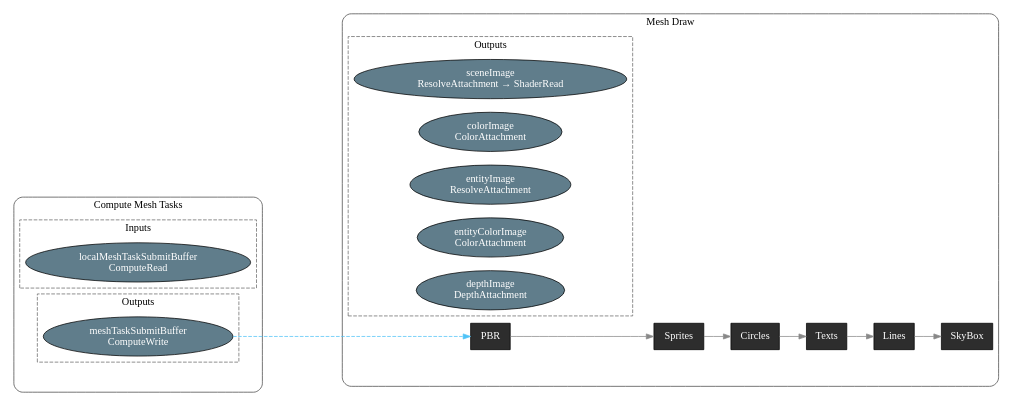
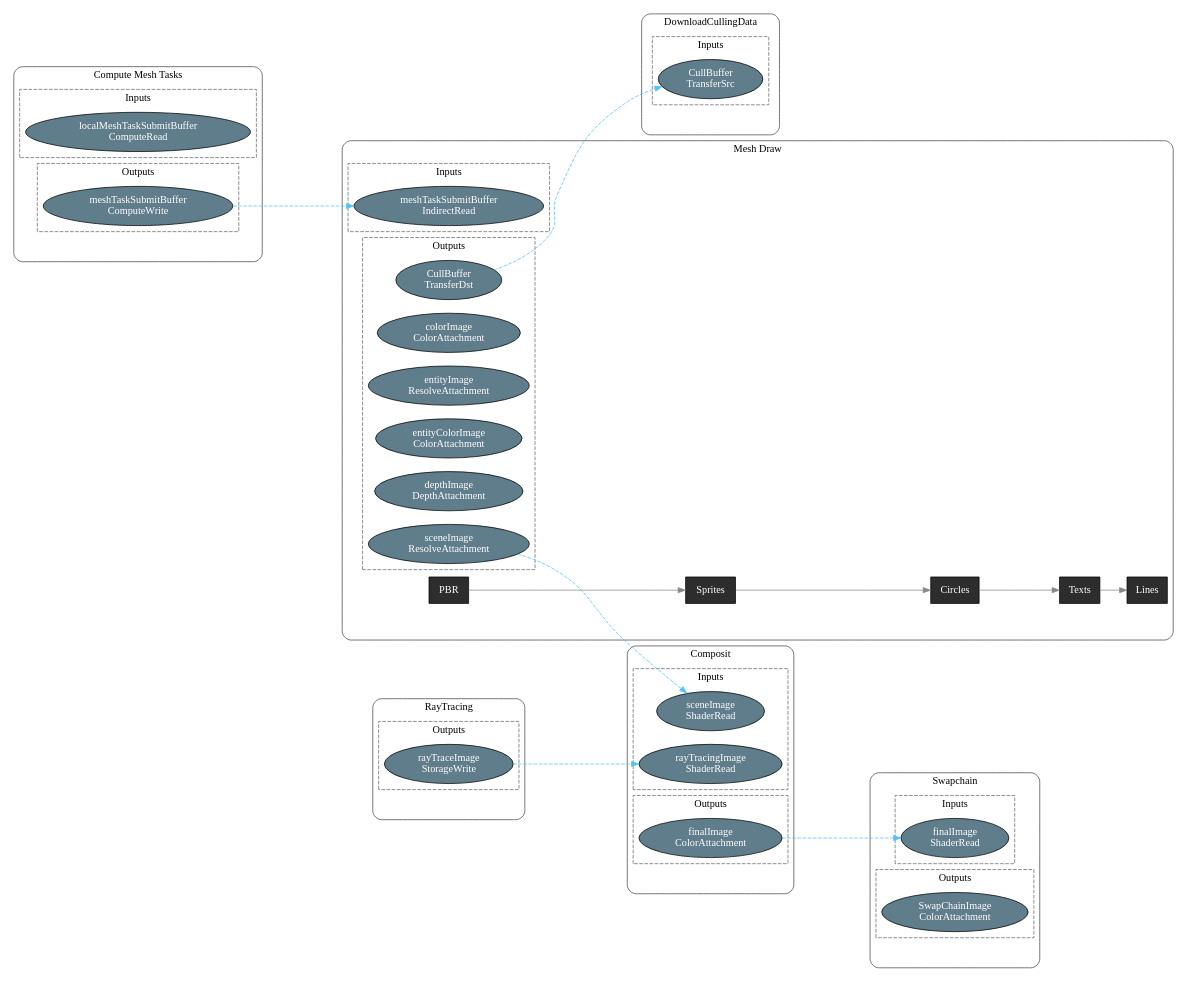
Before and after one commit to VanKalanchoe/VulkanTemplate: the diagram in VanK-Editor/rendergraph.dot, drawn with Graphviz. The commit also changed 17 other files, not shown here.

```diff
--- a/VanK-Editor/rendergraph.dot
+++ b/VanK-Editor/rendergraph.dot
@@ -1,62 +1,121 @@
 digraph RenderGraph {
   rankdir=LR;
   compound=true;
   node [shape=box, style="filled", fontcolor=white];
   edge [fontcolor=white];
 
   subgraph cluster_pass0 {
     label="Compute Mesh Tasks";
     style=rounded;
     color="#444444";
 
     subgraph cluster_inputs0 {
-      label="Inputs";
-      style=dashed;
-      color="#666666";
-      res_buf1438247292304 [label="localMeshTaskSubmitBuffer\nComputeRead", shape=ellipse, fillcolor="#607D8B"];
+      label="Inputs"; style=dashed; color="#666666";
+      res_buf2101480050816_pass0 [label="localMeshTaskSubmitBuffer\nComputeRead", shape=ellipse, fillcolor="#607D8B"];
     }
     pass0_center [label="Compute Mesh Tasks", width=0, height=0, style=invis];
     subgraph cluster_outputs0 {
-      label="Outputs";
-      style=dashed;
-      color="#666666";
-      res_buf1438247295984 [label="meshTaskSubmitBuffer\nComputeWrite", shape=ellipse, fillcolor="#607D8B"];
+      label="Outputs"; style=dashed; color="#666666";
+      res_buf2101480054816_pass0 [label="meshTaskSubmitBuffer\nComputeWrite", shape=ellipse, fillcolor="#607D8B"];
     }
   }
 
   subgraph cluster_pass1 {
     label="Mesh Draw";
     style=rounded;
     color="#444444";
 
     subgraph cluster_inputs1 {
-      label="Inputs";
-      style=dashed;
-      color="#666666";
+      label="Inputs"; style=dashed; color="#666666";
+      res_buf2101480054816_pass1 [label="meshTaskSubmitBuffer\nIndirectRead", shape=ellipse, fillcolor="#607D8B"];
     }
     pass1_sub0 [label="PBR", fillcolor="#2d2d2d"];
     pass1_sub1 [label="Sprites", fillcolor="#2d2d2d"];
     pass1_sub2 [label="Circles", fillcolor="#2d2d2d"];
     pass1_sub3 [label="Texts", fillcolor="#2d2d2d"];
     pass1_sub4 [label="Lines", fillcolor="#2d2d2d"];
-    pass1_sub5 [label="SkyBox", fillcolor="#2d2d2d"];
     pass1_sub0 -> pass1_sub1 [color="#888888"];
     pass1_sub1 -> pass1_sub2 [color="#888888"];
     pass1_sub2 -> pass1_sub3 [color="#888888"];
     pass1_sub3 -> pass1_sub4 [color="#888888"];
-    pass1_sub4 -> pass1_sub5 [color="#888888"];
     pass1_center [label="Mesh Draw", width=0, height=0, style=invis];
     subgraph cluster_outputs1 {
-      label="Outputs";
-      style=dashed;
-      color="#666666";
-      res_img12 [label="sceneImage\nResolveAttachment → ShaderRead", shape=ellipse, fillcolor="#607D8B"];
-      res_img13 [label="colorImage\nColorAttachment", shape=ellipse, fillcolor="#607D8B"];
-      res_img14 [label="entityImage\nResolveAttachment", shape=ellipse, fillcolor="#607D8B"];
-      res_img15 [label="entityColorImage\nColorAttachment", shape=ellipse, fillcolor="#607D8B"];
-      res_img16 [label="depthImage\nDepthAttachment", shape=ellipse, fillcolor="#607D8B"];
+      label="Outputs"; style=dashed; color="#666666";
+      res_img14_pass1 [label="sceneImage\nResolveAttachment", shape=ellipse, fillcolor="#607D8B"];
+      res_img15_pass1 [label="colorImage\nColorAttachment", shape=ellipse, fillcolor="#607D8B"];
+      res_img16_pass1 [label="entityImage\nResolveAttachment", shape=ellipse, fillcolor="#607D8B"];
+      res_img17_pass1 [label="entityColorImage\nColorAttachment", shape=ellipse, fillcolor="#607D8B"];
+      res_img18_pass1 [label="depthImage\nDepthAttachment", shape=ellipse, fillcolor="#607D8B"];
+      res_buf2101480049056_pass1 [label="CullBuffer\nTransferDst", shape=ellipse, fillcolor="#607D8B"];
     }
   }
 
-  res_buf1438247295984 -> pass1_sub0 [label="IndirectRead", color="#4FC3F7", style=dashed];
+  subgraph cluster_pass2 {
+    label="RayTracing";
+    style=rounded;
+    color="#444444";
+
+    subgraph cluster_inputs2 {
+      label="Inputs"; style=dashed; color="#666666";
+    }
+    pass2_center [label="RayTracing", width=0, height=0, style=invis];
+    subgraph cluster_outputs2 {
+      label="Outputs"; style=dashed; color="#666666";
+      res_img19_pass2 [label="rayTraceImage\nStorageWrite", shape=ellipse, fillcolor="#607D8B"];
+    }
+  }
+
+  subgraph cluster_pass3 {
+    label="Composit";
+    style=rounded;
+    color="#444444";
+
+    subgraph cluster_inputs3 {
+      label="Inputs"; style=dashed; color="#666666";
+      res_img14_pass3 [label="sceneImage\nShaderRead", shape=ellipse, fillcolor="#607D8B"];
+      res_img19_pass3 [label="rayTracingImage\nShaderRead", shape=ellipse, fillcolor="#607D8B"];
+    }
+    pass3_center [label="Composit", width=0, height=0, style=invis];
+    subgraph cluster_outputs3 {
+      label="Outputs"; style=dashed; color="#666666";
+      res_img20_pass3 [label="finalImage\nColorAttachment", shape=ellipse, fillcolor="#607D8B"];
+    }
+  }
+
+  subgraph cluster_pass4 {
+    label="DownloadCullingData";
+    style=rounded;
+    color="#444444";
+
+    subgraph cluster_inputs4 {
+      label="Inputs"; style=dashed; color="#666666";
+      res_buf2101480049056_pass4 [label="CullBuffer\nTransferSrc", shape=ellipse, fillcolor="#607D8B"];
+    }
+    pass4_center [label="DownloadCullingData", width=0, height=0, style=invis];
+    subgraph cluster_outputs4 {
+      label="Outputs"; style=dashed; color="#666666";
+    }
+  }
+
+  subgraph cluster_pass5 {
+    label="Swapchain";
+    style=rounded;
+    color="#444444";
+
+    subgraph cluster_inputs5 {
+      label="Inputs"; style=dashed; color="#666666";
+      res_img20_pass5 [label="finalImage\nShaderRead", shape=ellipse, fillcolor="#607D8B"];
+    }
+    pass5_center [label="Swapchain", width=0, height=0, style=invis];
+    subgraph cluster_outputs5 {
+      label="Outputs"; style=dashed; color="#666666";
+      res_img4294967295_pass5 [label="SwapChainImage\nColorAttachment", shape=ellipse, fillcolor="#607D8B"];
+    }
+  }
+
+  res_buf2101480054816_pass0 -> res_buf2101480054816_pass1 [label="IndirectRead", color="#4FC3F7", style=dashed];
+  res_img14_pass1 -> res_img14_pass3 [label="ShaderRead", color="#4FC3F7", style=dashed];
+  res_buf2101480049056_pass1 -> res_buf2101480049056_pass4 [label="TransferSrc", color="#4FC3F7", style=dashed];
+  res_img19_pass2 -> res_img19_pass3 [label="ShaderRead", color="#4FC3F7", style=dashed];
+  res_img20_pass3 -> res_img20_pass5 [label="ShaderRead", color="#4FC3F7", style=dashed];
 }
```
